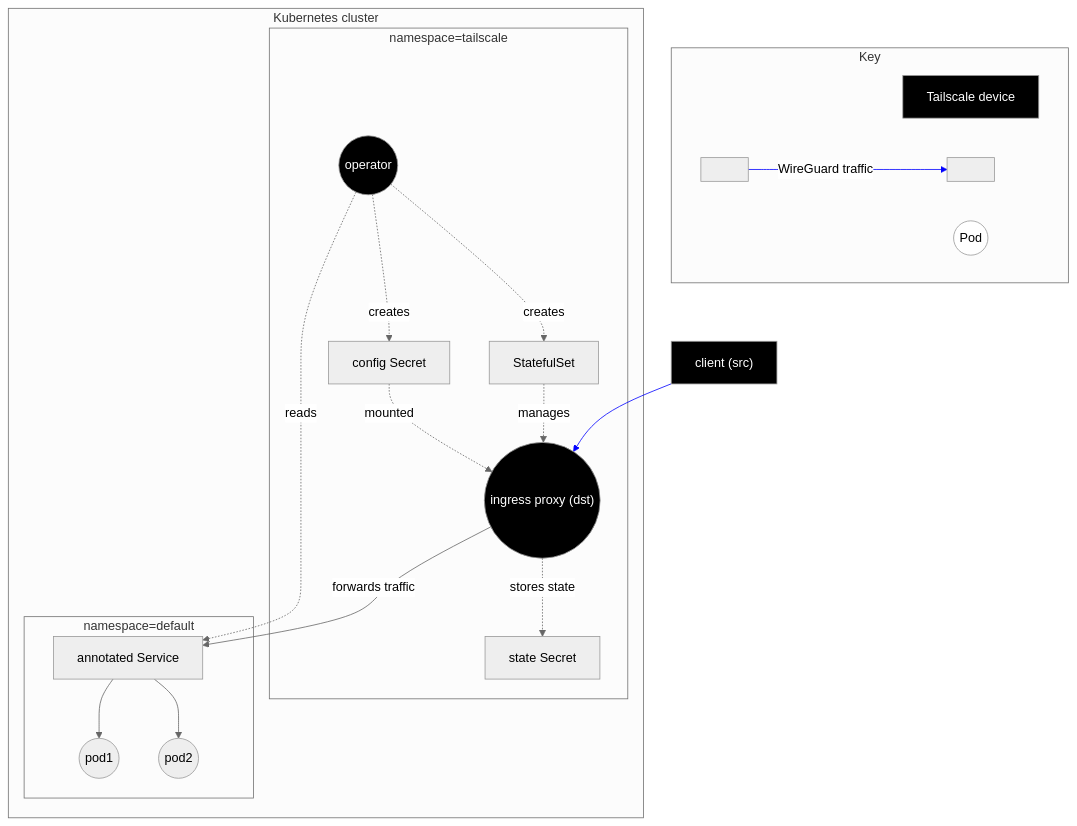
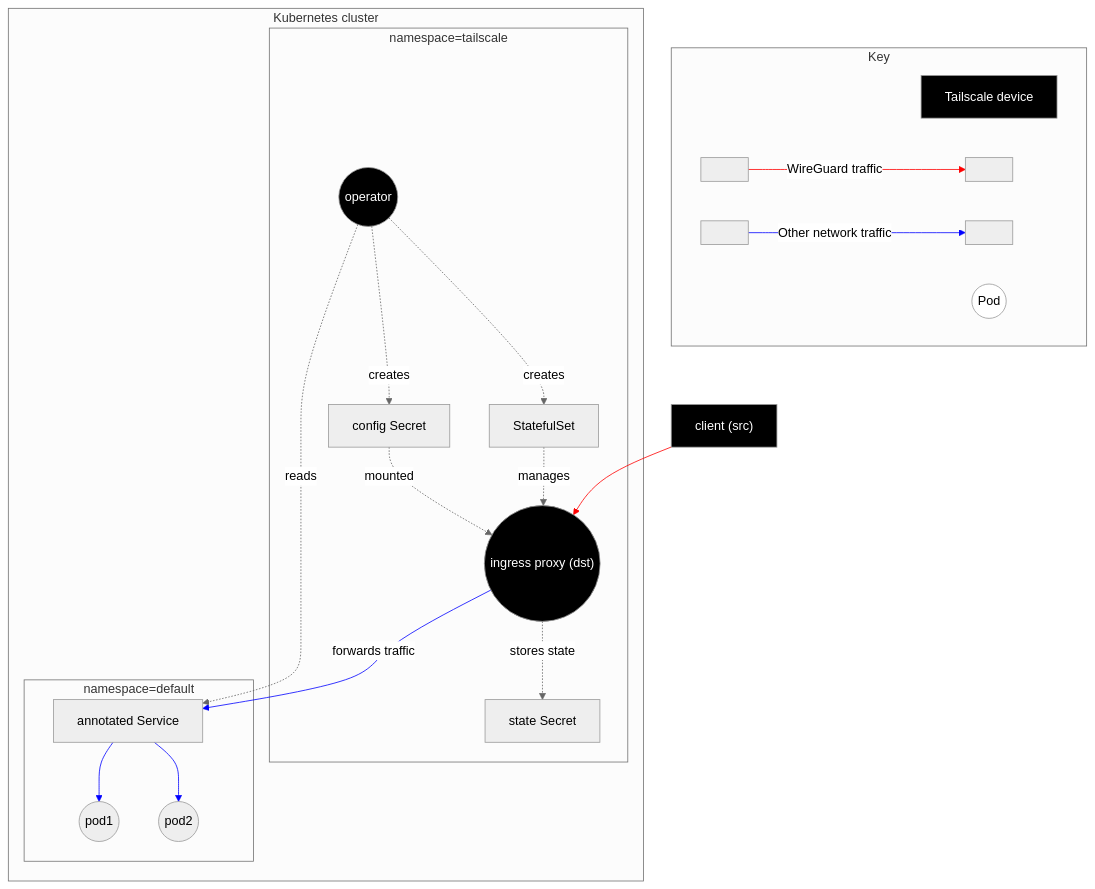
The second of 7 diagrams in docs/k8s/operator-architecture.md (tailscale/tailscale), drawn with Mermaid before and after one commit. The commit also changed other lines of this file, not shown here.

Commit message:
Review feedback; more colours + data flow for ProxyGroup

````diff
--- a/docs/k8s/operator-architecture.md
+++ b/docs/k8s/operator-architecture.md
@@ -78,40 +82,47 @@
 ```mermaid
 %%{ init: { 'theme':'neutral' } }%%
 flowchart TD
     classDef tsnode color:#fff,fill:#000;
     classDef pod fill:#fff;
 
     subgraph Key
         ts[Tailscale device]:::tsnode
         pod((Pod)):::pod
-        hidden[" "]-->|WireGuard traffic|hidden2[" "]
+        blank[" "]-->|WireGuard traffic|blank2[" "]
+        blank3[" "]-->|Other network traffic|blank4[" "]
     end
 
     subgraph k8s[Kubernetes cluster]
         subgraph tailscale-ns[namespace=tailscale]
             operator((operator)):::tsnode
             ingress-sts["StatefulSet"]
             ingress(("ingress proxy (dst)")):::tsnode
             config-secret["config Secret"]
             state-secret["state Secret"]
         end
 
         subgraph defaultns[namespace=default]
             svc[annotated Service]
             svc --> pod1((pod1))
             svc --> pod2((pod2))
         end
     end
+
     client["client (src)"]:::tsnode --> ingress
     ingress -->|forwards traffic| svc
     operator -.->|creates| ingress-sts
     ingress-sts -.->|manages| ingress
     operator -.->|reads| svc
     operator -.->|creates| config-secret
     config-secret -.->|mounted| ingress
     ingress -.->|stores state| state-secret
 
-    linkStyle 0 stroke:blue;
+    linkStyle 0 stroke:red;
+    linkStyle 4 stroke:red;
+
+    linkStyle 1 stroke:blue;
+    linkStyle 2 stroke:blue;
     linkStyle 3 stroke:blue;
+    linkStyle 5 stroke:blue;
 
 ```
````
